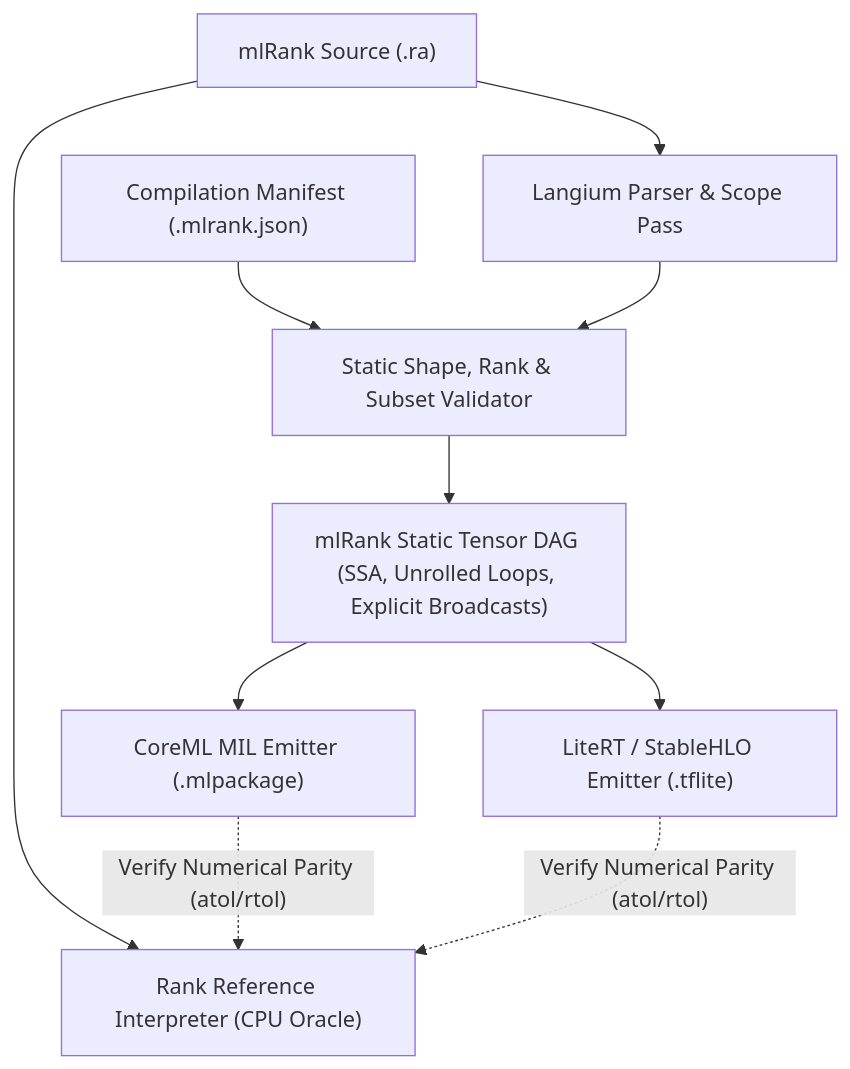
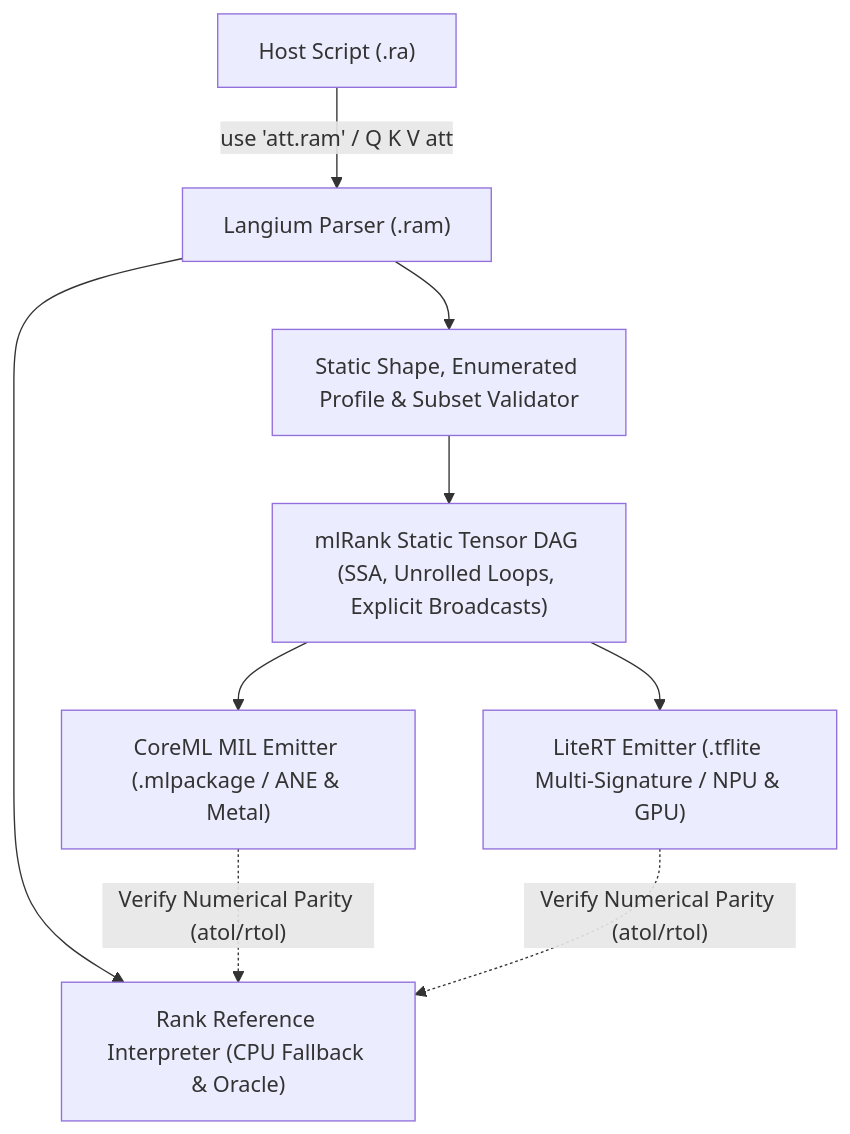
One commit to kmmbvnr/rank changed the diagram in docs/mlrank/README.md. Above: the diagram before and after it, drawn with Mermaid. The commit also changed other lines of this file, not shown here.

Commit message:
docs: refine mlRank (.ram) spec with inline option shapes and function-style calls

````diff
--- a/docs/mlrank/README.md
+++ b/docs/mlrank/README.md
@@ -174,12 +239,11 @@
 ```mermaid
 flowchart TD
-  SRC["mlRank Source (.ra)"] --> PARSE["Langium Parser & Scope Pass"]
-  MANIFEST["Compilation Manifest (.mlrank.json)"] --> SHAPE["Static Shape, Rank & Subset Validator"]
-  PARSE --> SHAPE
+  RA["Host Script (.ra)"] -- "use 'att.ram' / Q K V att" --> PARSE["Langium Parser (.ram)"]
+  PARSE --> SHAPE["Static Shape, Enumerated Profile & Subset Validator"]
   SHAPE --> IR["mlRank Static Tensor DAG (SSA, Unrolled Loops, Explicit Broadcasts)"]
-  IR --> COREML["CoreML MIL Emitter (.mlpackage)"]
-  IR --> LITERT["LiteRT / StableHLO Emitter (.tflite)"]
-  SRC --> ORACLE["Rank Reference Interpreter (CPU Oracle)"]
+  IR --> COREML["CoreML MIL Emitter (.mlpackage / ANE & Metal)"]
+  IR --> LITERT["LiteRT Emitter (.tflite Multi-Signature / NPU & GPU)"]
+  PARSE --> ORACLE["Rank Reference Interpreter (CPU Fallback & Oracle)"]
   COREML -. "Verify Numerical Parity (atol/rtol)" .-> ORACLE
   LITERT -. "Verify Numerical Parity (atol/rtol)" .-> ORACLE
 ```
````
